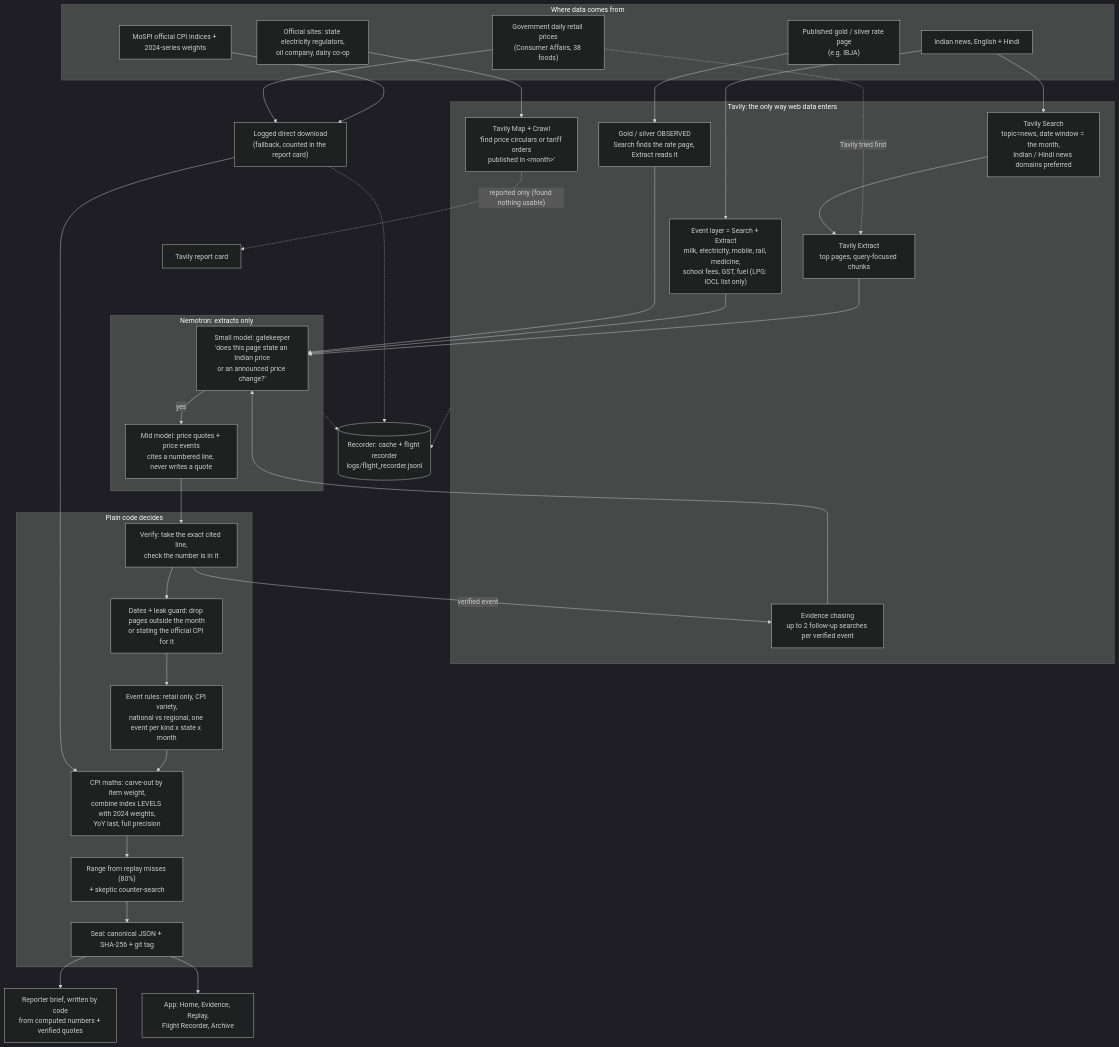
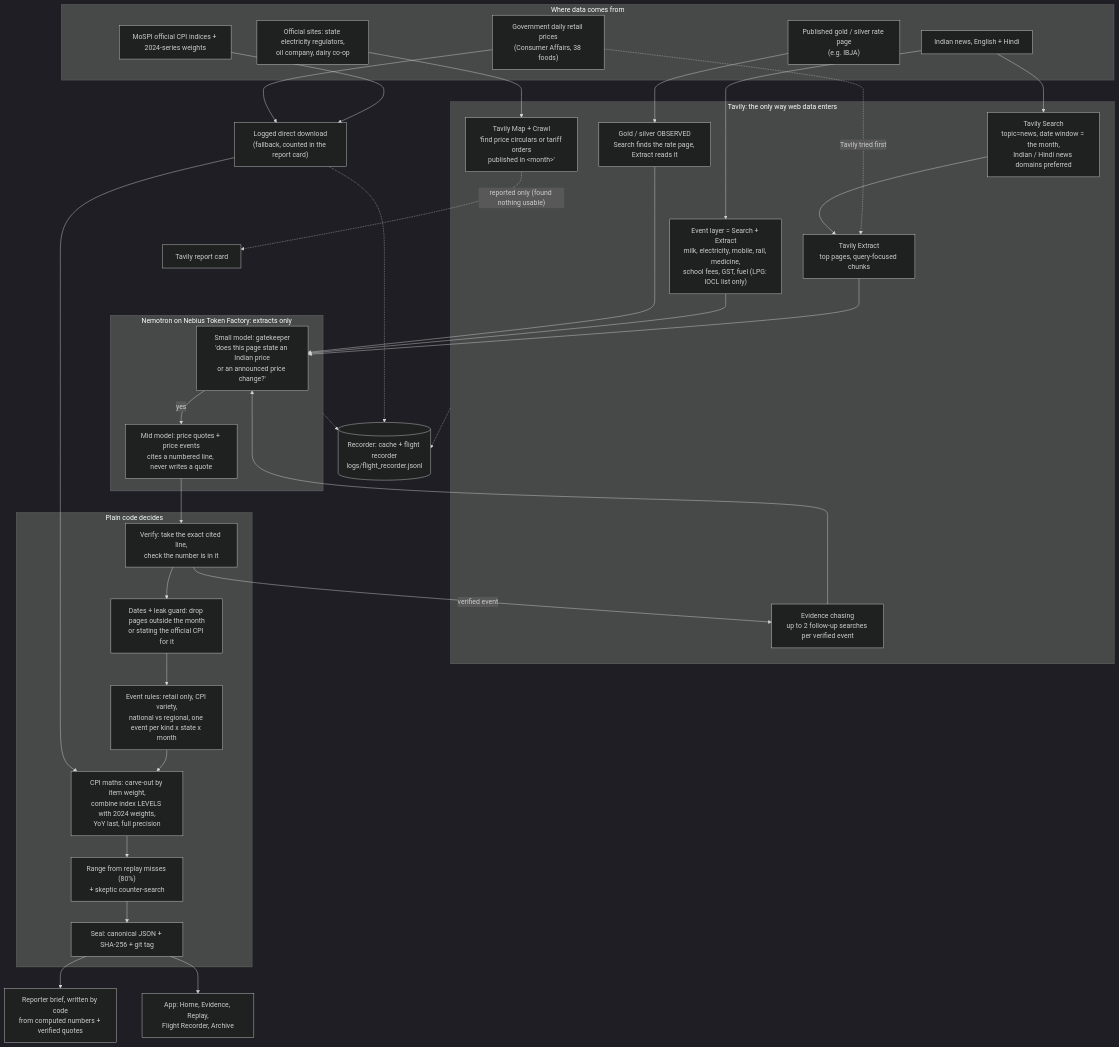
The diagram in docs/pipeline.md (bhavikjain026/shadow-cpi), drawn with Mermaid (dark theme) before and after one commit. The commit also changed 10 other files, not shown here.

Commit message:
Name Nemotron on Nebius Token Factory in the flow diagram, README, Devpost, app first screen and pipeline doc (display only)

````diff
--- a/docs/pipeline.md
+++ b/docs/pipeline.md
@@ -8,61 +8,61 @@
 ```mermaid
 flowchart TD
     subgraph SRC["Where data comes from"]
         MOSPI["MoSPI official CPI indices + 2024-series weights"]
         GOV["Government daily retail prices<br/>(Consumer Affairs, 38 foods)"]
         NEWS["Indian news, English + Hindi"]
         IBJA["Published gold / silver rate page<br/>(e.g. IBJA)"]
         OFF["Official sites: state electricity regulators,<br/>oil company, dairy co-op"]
     end
 
     subgraph TAV["Tavily: the only way web data enters"]
         T_SEARCH["Tavily Search<br/>topic=news, date window = the month,<br/>Indian / Hindi news domains preferred"]
         T_EXTRACT["Tavily Extract<br/>top pages, query-focused chunks"]
         T_MAPCRAWL["Tavily Map + Crawl<br/>'find price circulars or tariff orders<br/>published in &lt;month&gt;'"]
         T_EVENTS["Event layer = Search + Extract<br/>milk, electricity, mobile, rail, medicine,<br/>school fees, GST, fuel (LPG: IOCL list only)"]
         T_GOLD["Gold / silver OBSERVED<br/>Search finds the rate page, Extract reads it"]
         T_CHASE["Evidence chasing<br/>up to 2 follow-up searches per verified event"]
     end
 
     DIRECT["Logged direct download<br/>(fallback, counted in the report card)"]
 
-    subgraph NEM["Nemotron: extracts only"]
+    subgraph NEM["Nemotron on Nebius Token Factory: extracts only"]
         N_GATE["Small model: gatekeeper<br/>'does this page state an Indian price<br/>or an announced price change?'"]
         N_EXTRACT["Mid model: price quotes + price events<br/>cites a numbered line, never writes a quote"]
     end
 
     subgraph CODE["Plain code decides"]
         C_VERIFY["Verify: take the exact cited line,<br/>check the number is in it"]
         C_DATES["Dates + leak guard: drop pages outside the month<br/>or stating the official CPI for it"]
         C_MATCH["Event rules: retail only, CPI variety,<br/>national vs regional, one event per kind x state x month"]
         C_MATH["CPI maths: carve-out by item weight,<br/>combine index LEVELS with 2024 weights,<br/>YoY last, full precision"]
         C_RANGE["Range from replay misses (80%)<br/>+ skeptic counter-search"]
         C_SEAL["Seal: canonical JSON + SHA-256 + git tag"]
     end
 
     MOSPI --> DIRECT
     GOV --> DIRECT
     GOV -. "Tavily tried first" .-> T_EXTRACT
     NEWS --> T_SEARCH --> T_EXTRACT
     NEWS --> T_EVENTS
     IBJA --> T_GOLD
     OFF --> T_MAPCRAWL
 
     T_EXTRACT --> N_GATE
     T_EVENTS --> N_GATE
     T_GOLD --> N_GATE
     T_MAPCRAWL -. "reported only (found nothing usable)" .-> REPORT["Tavily report card"]
     N_GATE -- "yes" --> N_EXTRACT
     N_EXTRACT --> C_VERIFY
     C_VERIFY -- "verified event" --> T_CHASE --> N_GATE
     C_VERIFY --> C_DATES --> C_MATCH --> C_MATH
     DIRECT --> C_MATH
     C_MATH --> C_RANGE --> C_SEAL
     C_SEAL --> BRIEF["Reporter brief, written by code<br/>from computed numbers + verified quotes"]
     C_SEAL --> APP["App: Home, Evidence, Replay,<br/>Flight Recorder, Archive"]
 
     REC[("Recorder: cache + flight recorder<br/>logs/flight_recorder.jsonl")]
     TAV -.-> REC
     NEM -.-> REC
     DIRECT -.-> REC
 ```
````
